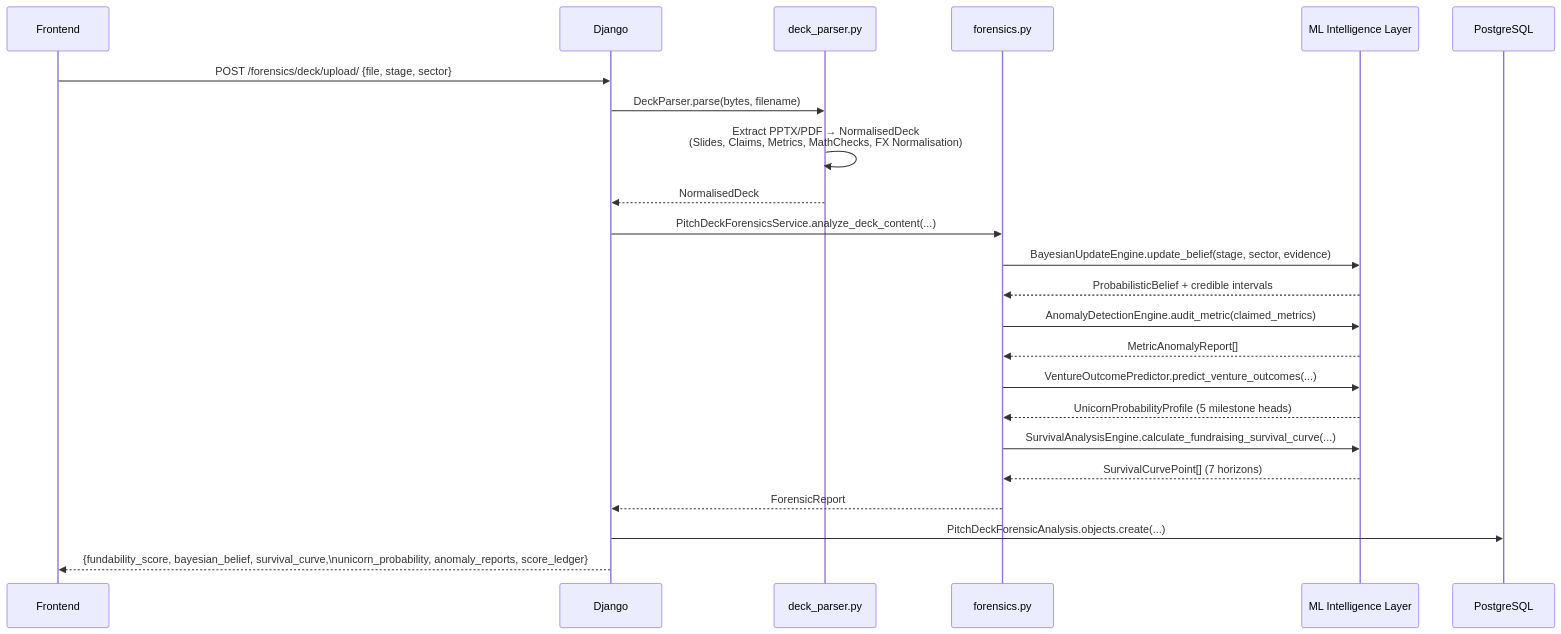
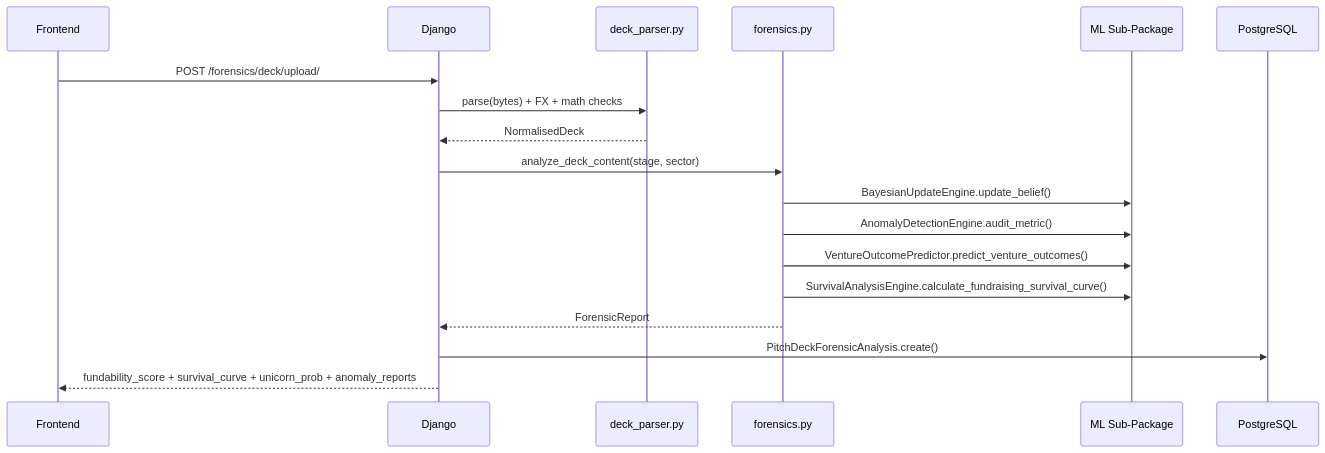
Diagram 20 of 26 in README.md (dozimikes/pitchmic), drawn with Mermaid before and after one commit. The commit also changed other lines of this file, not shown here.

````diff
--- a/README.md
+++ b/README.md
@@ -605,26 +764,20 @@
 ```mermaid
 sequenceDiagram
     participant F as Frontend
     participant DJ as Django
     participant DP as deck_parser.py
     participant FS as forensics.py
-    participant ML as ML Intelligence Layer
+    participant ML as ML Sub-Package
     participant PG as PostgreSQL
-
-    F->>DJ: POST /forensics/deck/upload/ {file, stage, sector}
-    DJ->>DP: DeckParser.parse(bytes, filename)
-    DP->>DP: Extract PPTX/PDF → NormalisedDeck<br/>(Slides, Claims, Metrics, MathChecks, FX Normalisation)
+    F->>DJ: POST /forensics/deck/upload/
+    DJ->>DP: parse(bytes) + FX + math checks
     DP-->>DJ: NormalisedDeck
-    DJ->>FS: PitchDeckForensicsService.analyze_deck_content(...)
-    FS->>ML: BayesianUpdateEngine.update_belief(stage, sector, evidence)
-    ML-->>FS: ProbabilisticBelief + credible intervals
-    FS->>ML: AnomalyDetectionEngine.audit_metric(claimed_metrics)
-    ML-->>FS: MetricAnomalyReport[]
-    FS->>ML: VentureOutcomePredictor.predict_venture_outcomes(...)
-    ML-->>FS: UnicornProbabilityProfile (5 milestone heads)
-    FS->>ML: SurvivalAnalysisEngine.calculate_fundraising_survival_curve(...)
-    ML-->>FS: SurvivalCurvePoint[] (7 horizons)
+    DJ->>FS: analyze_deck_content(stage, sector)
+    FS->>ML: BayesianUpdateEngine.update_belief()
+    FS->>ML: AnomalyDetectionEngine.audit_metric()
+    FS->>ML: VentureOutcomePredictor.predict_venture_outcomes()
+    FS->>ML: SurvivalAnalysisEngine.calculate_fundraising_survival_curve()
     FS-->>DJ: ForensicReport
-    DJ->>PG: PitchDeckForensicAnalysis.objects.create(...)
-    DJ-->>F: {fundability_score, bayesian_belief, survival_curve,\nunicorn_probability, anomaly_reports, score_ledger}
+    DJ->>PG: PitchDeckForensicAnalysis.create()
+    DJ-->>F: fundability_score + survival_curve + unicorn_prob + anomaly_reports
 ```
````
